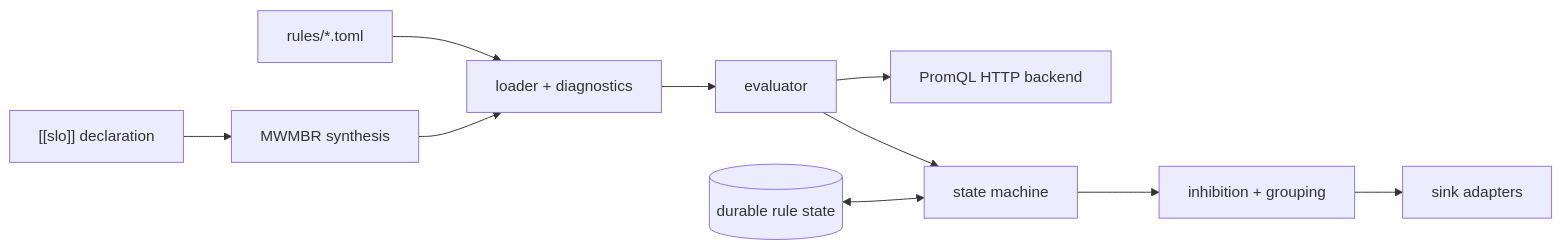
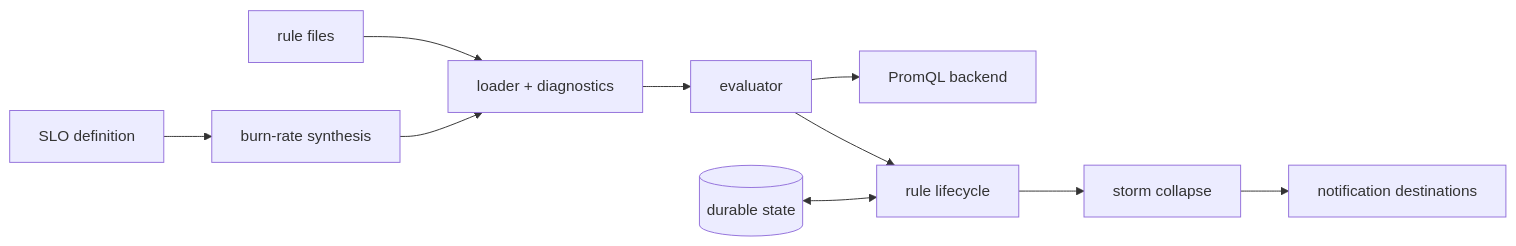
Before and after one commit to andrealaforgia/kaleidoscope-site: the diagram in src/content/docs/components/beacon.md, drawn with Mermaid. The commit also changed other lines of this file and 23 other files, not shown here.

````diff
--- a/src/content/docs/components/beacon.md
+++ b/src/content/docs/components/beacon.md
@@ -25,11 +25,11 @@
 ```mermaid
 flowchart LR
- Rules[rules/*.toml] --> Loader[loader + diagnostics]
- Loader --> Eval[evaluator]
- Eval --> Prom[PromQL HTTP backend]
- Eval --> SM[state machine]
- SM --> Inhibit[inhibition + grouping]
- Inhibit --> Sinks[sink adapters]
- SLO["[[slo]] declaration"] --> Synth[MWMBR synthesis] --> Loader
- State[(durable rule state)] <--> SM
+    Rules[rule files] --> Loader[loader + diagnostics]
+    Loader --> Eval[evaluator]
+    Eval --> Backend[PromQL backend]
+    Eval --> Life[rule lifecycle]
+    Life --> Storm[storm collapse]
+    Storm --> Sinks[notification destinations]
+    SLO[SLO definition] --> Synth[burn-rate synthesis] --> Loader
+    State[(durable state)] <--> Life
 ```
````
